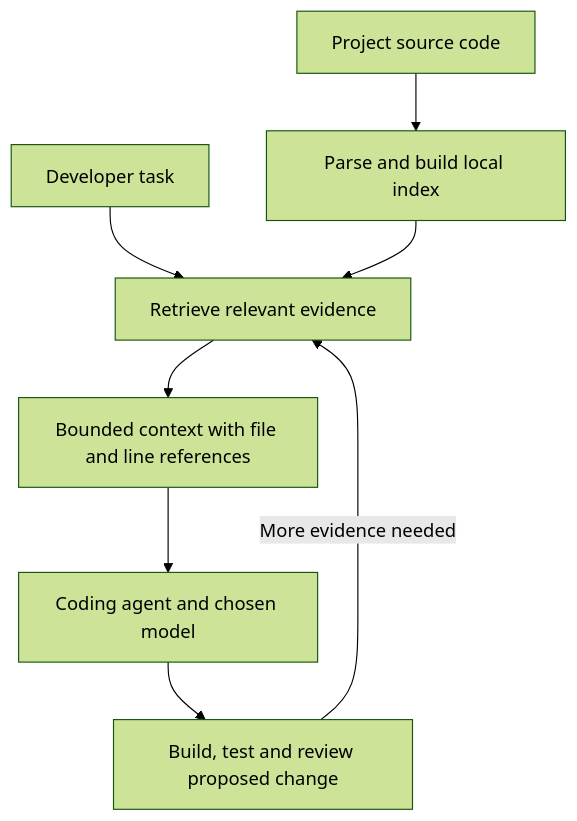
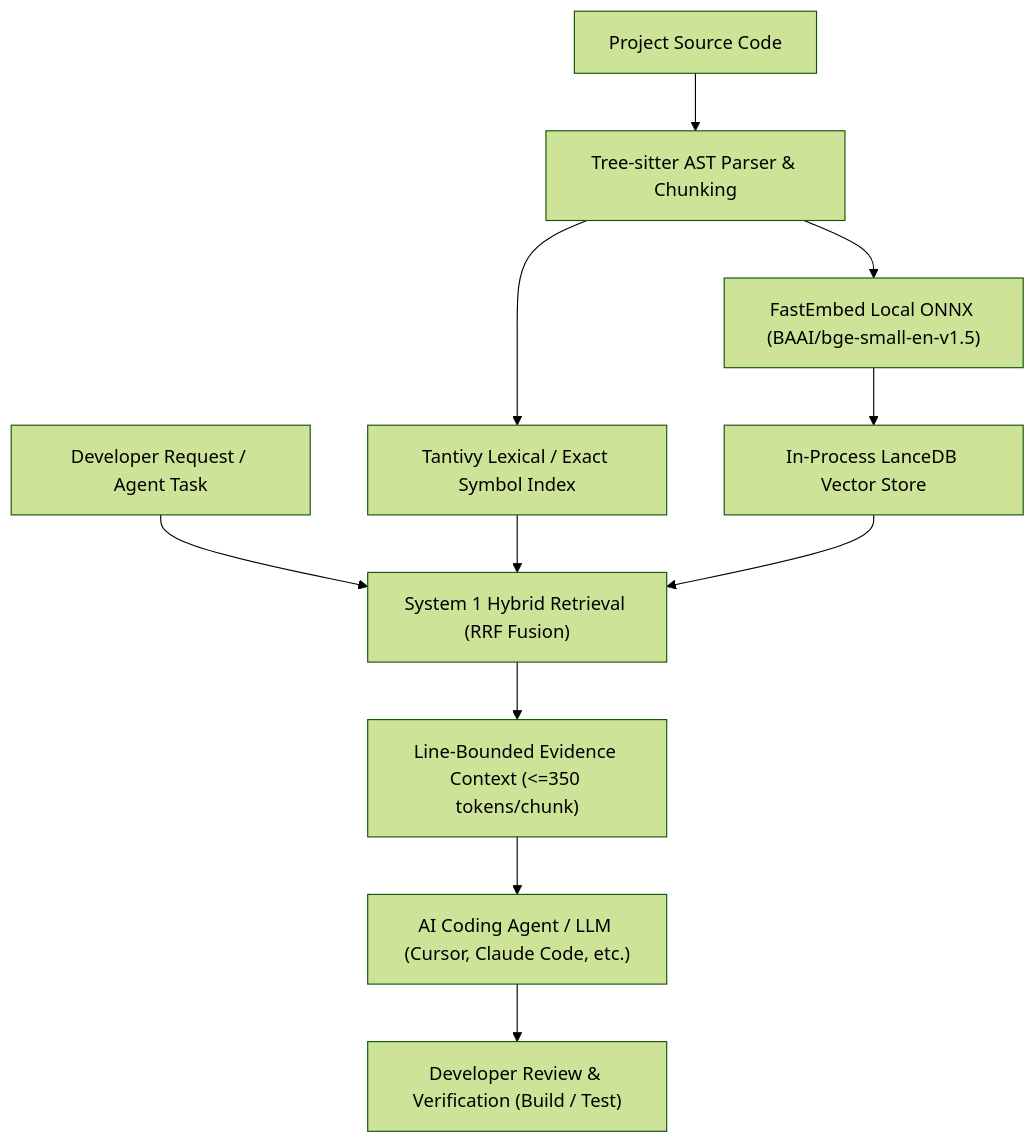
Before and after one commit to vishalvermauts/PolyFabric: the diagram in README.md, drawn with Mermaid (forest theme). The commit also changed other lines of this file and 497 other files, not shown here.

````diff
--- a/README.md
+++ b/README.md
@@ -110,10 +67,15 @@
 ```mermaid
 flowchart TD
-    Source["Project source code"] --> Index["Parse and build local index"]
-    Task["Developer task"] --> Retrieve["Retrieve relevant evidence"]
-    Index --> Retrieve
-    Retrieve --> Context["Bounded context with file and line references"]
-    Context --> Agent["Coding agent and chosen model"]
-    Agent --> Verify["Build, test and review proposed change"]
-    Verify -->|"More evidence needed"| Retrieve
+    Source["Project Source Code"] --> Parser["Tree-sitter AST Parser & Chunking"]
+    Parser --> Embedding["FastEmbed Local ONNX (BAAI/bge-small-en-v1.5)"]
+    Parser --> FTS["Tantivy Lexical / Exact Symbol Index"]
+    Embedding --> LanceDB["In-Process LanceDB Vector Store"]
+    
+    Task["Developer Request / Agent Task"] --> System1["System 1 Hybrid Retrieval (RRF Fusion)"]
+    FTS --> System1
+    LanceDB --> System1
+    
+    System1 --> Context["Line-Bounded Evidence Context (<=350 tokens/chunk)"]
+    Context --> Agent["AI Coding Agent / LLM (Cursor, Claude Code, etc.)"]
+    Agent --> Review["Developer Review & Verification (Build / Test)"]
 ```
````
